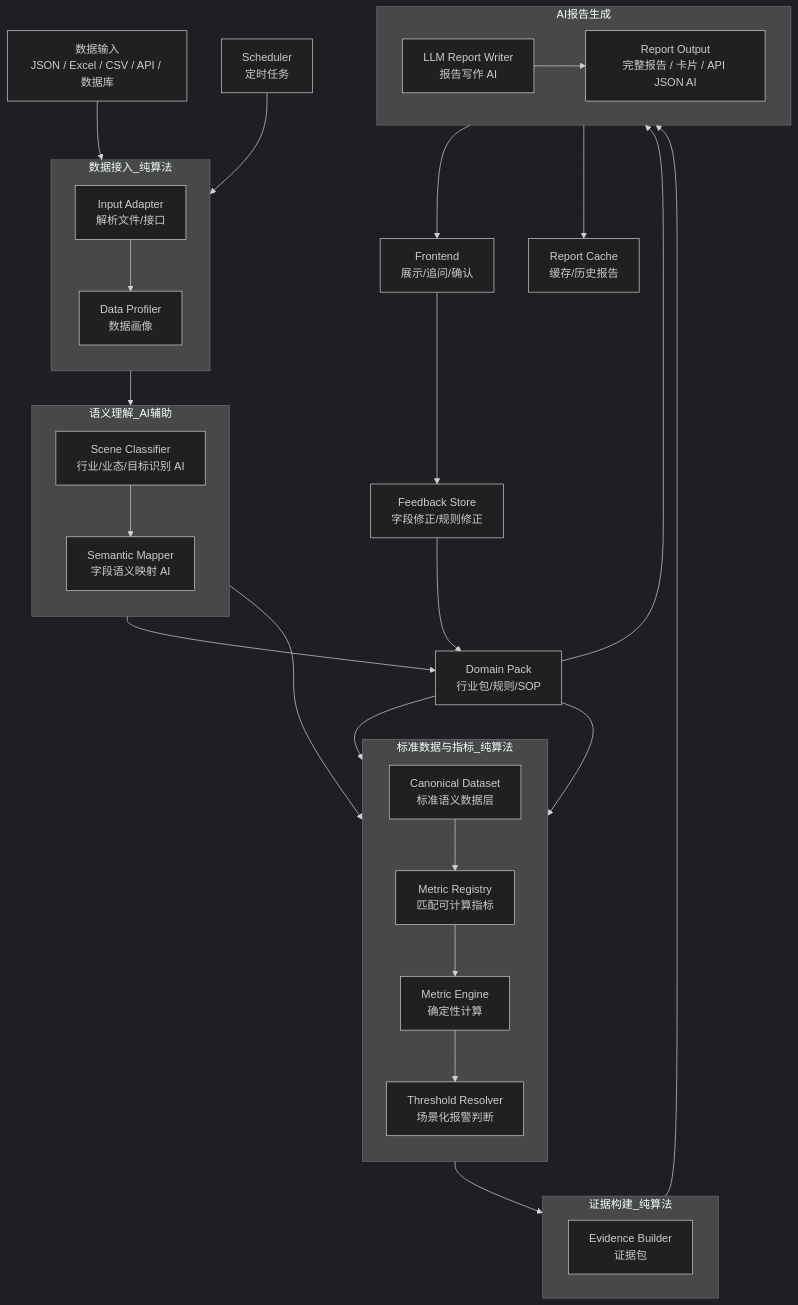
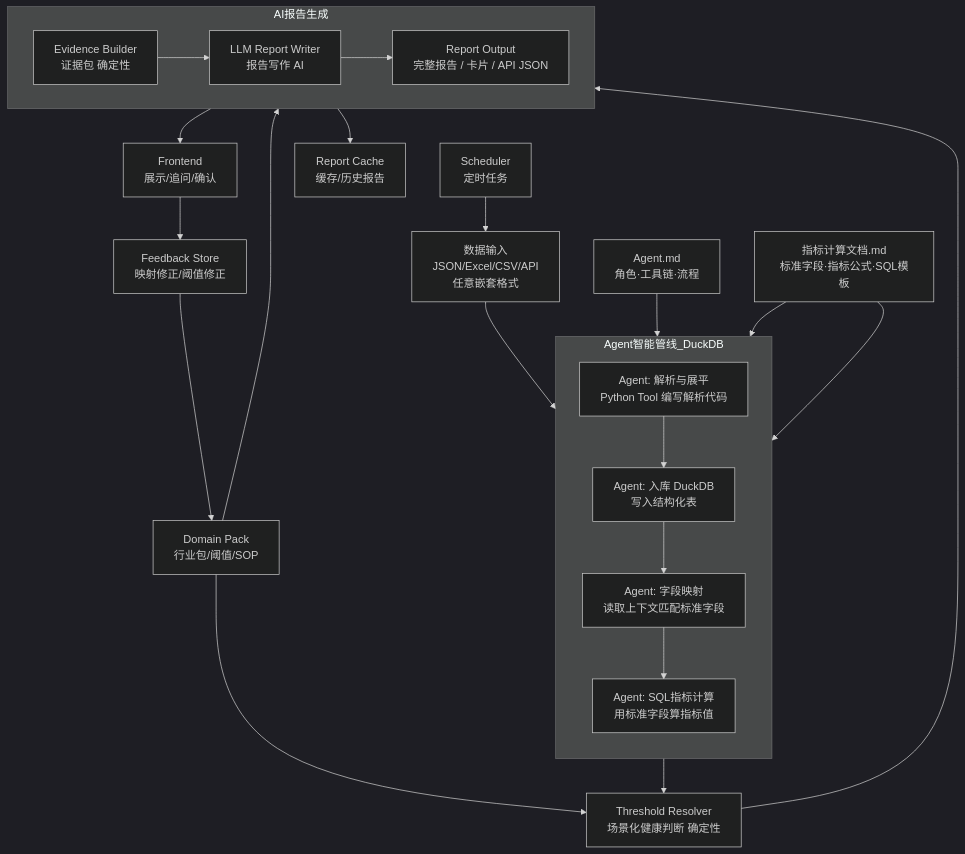
Before and after one commit to FuLuTang/AI-Store-Analysis-System: the first of 2 diagrams in docs/架构设计.md, drawn with Mermaid (dark theme). The commit also changed other lines of this file and 7 other files, not shown here.

````diff
--- a/docs/架构设计.md
+++ b/docs/架构设计.md
@@ -5,46 +5,34 @@
 ```mermaid
 flowchart TD
-    A[数据输入<br/>JSON / Excel / CSV / API / 数据库] --> B[Input Adapter<br/>解析文件/接口]
+    A[数据输入<br/>JSON/Excel/CSV/API<br/>任意嵌套格式] --> B[Agent: 解析与展平<br/>Python Tool 编写解析代码]
 
-    subgraph 数据接入_纯算法
+    subgraph Agent智能管线_DuckDB
         direction TB
-        B --> C[Data Profiler<br/>数据画像]
+        B --> C[Agent: 入库 DuckDB<br/>写入结构化表]
+        C --> D[Agent: 字段映射<br/>读取上下文匹配标准字段]
+        D --> E[Agent: SQL指标计算<br/>用标准字段算指标值]
     end
 
-    subgraph 语义理解_AI辅助
-        direction TB
-        C --> D[Scene Classifier<br/>行业/业态/目标识别 AI]
-        D --> E[Semantic Mapper<br/>字段语义映射 AI]
-    end
+    F1[Agent.md<br/>角色·工具链·流程] --> B
+    F2[指标计算文档.md<br/>标准字段·指标公式·SQL模板] --> D
+    F2 --> E
 
-    subgraph 标准数据与指标_纯算法
-        direction TB
-        E --> F[Canonical Dataset<br/>标准语义数据层]
-        F --> G[Metric Registry<br/>匹配可计算指标]
-        G --> H[Metric Engine<br/>确定性计算]
-        H --> I[Threshold Resolver<br/>场景化报警判断]
-    end
-
-    subgraph 证据构建_纯算法
-        direction LR
-        I --> J[Evidence Builder<br/>证据包]
-    end
+    E --> G[Threshold Resolver<br/>场景化健康判断 确定性]
+    G --> H[Evidence Builder<br/>证据包 确定性]
 
     subgraph AI报告生成
         direction LR
-        J --> L[LLM Report Writer<br/>报告写作 AI]
-        L --> M[Report Output<br/>完整报告 / 卡片 / API JSON AI]
+        H --> I[LLM Report Writer<br/>报告写作 AI]
+        I --> J[Report Output<br/>完整报告 / 卡片 / API JSON]
     end
 
-    D --> K[Domain Pack<br/>行业包/规则/SOP]
-    K --> G
+    K[Domain Pack<br/>行业包/阈值/SOP] --> G
     K --> I
-    K --> L
 
-    M --> N[Frontend<br/>展示/追问/确认]
-    N --> O[Feedback Store<br/>字段修正/规则修正]
-    O --> K
+    J --> L[Frontend<br/>展示/追问/确认]
+    L --> M[Feedback Store<br/>映射修正/阈值修正]
+    M --> K
 
-    P[Scheduler<br/>定时任务] --> B
-    M --> Q[Report Cache<br/>缓存/历史报告]
+    N[Scheduler<br/>定时任务] --> A
+    J --> O[Report Cache<br/>缓存/历史报告]
 ```
````
